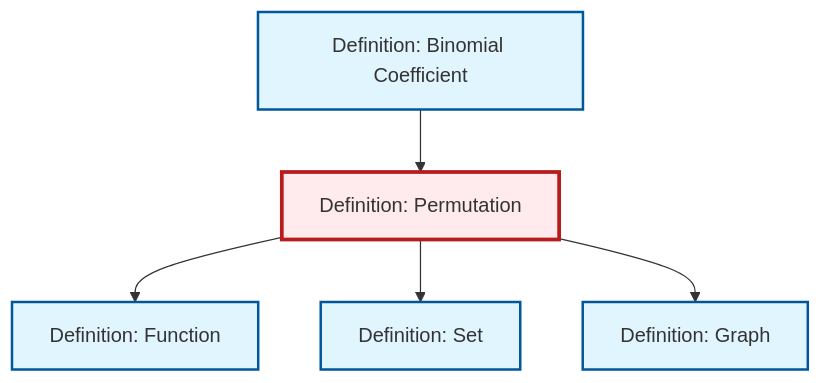
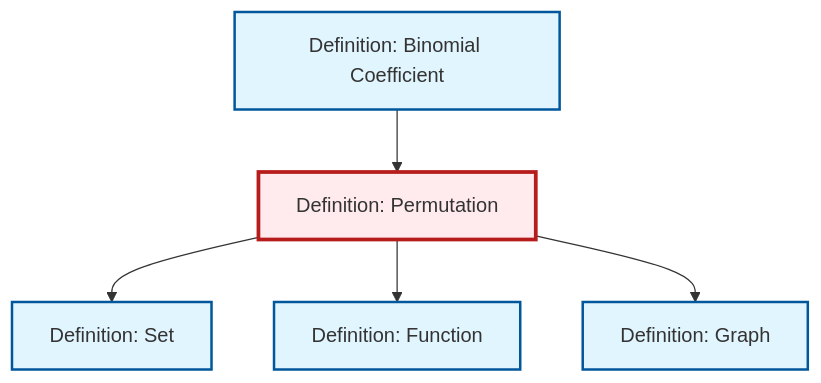
One commit to RK0429/ModernMath changed the diagram in content/en/combinatorics/def-permutation.qmd. Above: the diagram before and after it, drawn with Mermaid. The commit also changed other lines of this file and 581 other files, not shown here.

````diff
--- a/content/en/combinatorics/def-permutation.qmd
+++ b/content/en/combinatorics/def-permutation.qmd
@@ -53,23 +53,23 @@
 ```{mermaid}
 %%| fig-cap: "Local dependency graph"
 graph TD
     classDef definition fill:#e1f5fe,stroke:#01579b,stroke-width:2px
     classDef theorem fill:#f3e5f5,stroke:#4a148c,stroke-width:2px
     classDef axiom fill:#fff3e0,stroke:#e65100,stroke-width:2px
     classDef example fill:#e8f5e9,stroke:#1b5e20,stroke-width:2px
     classDef current fill:#ffebee,stroke:#b71c1c,stroke-width:3px
+    def-function["Definition: Function"]:::definition
+    def-graph["Definition: Graph"]:::definition
     def-binomial-coefficient["Definition: Binomial Coefficient"]:::definition
+    def-permutation["Definition: Permutation"]:::definition
     def-set["Definition: Set"]:::definition
-    def-function["Definition: Function"]:::definition
-    def-permutation["Definition: Permutation"]:::definition
-    def-graph["Definition: Graph"]:::definition
+    def-permutation --> def-set
     def-permutation --> def-function
-    def-permutation --> def-set
     def-permutation --> def-graph
     def-binomial-coefficient --> def-permutation
     class def-permutation current
+    click def-function "def-function.html" "Go to Function definition"
+    click def-graph "def-graph.html" "Go to Graph definition"
     click def-binomial-coefficient "def-binomial-coefficient.html" "Go to Binomial Coefficient definition"
     click def-set "def-set.html" "Go to Set definition"
-    click def-function "def-function.html" "Go to Function definition"
-    click def-graph "def-graph.html" "Go to Graph definition"
 ```
````
